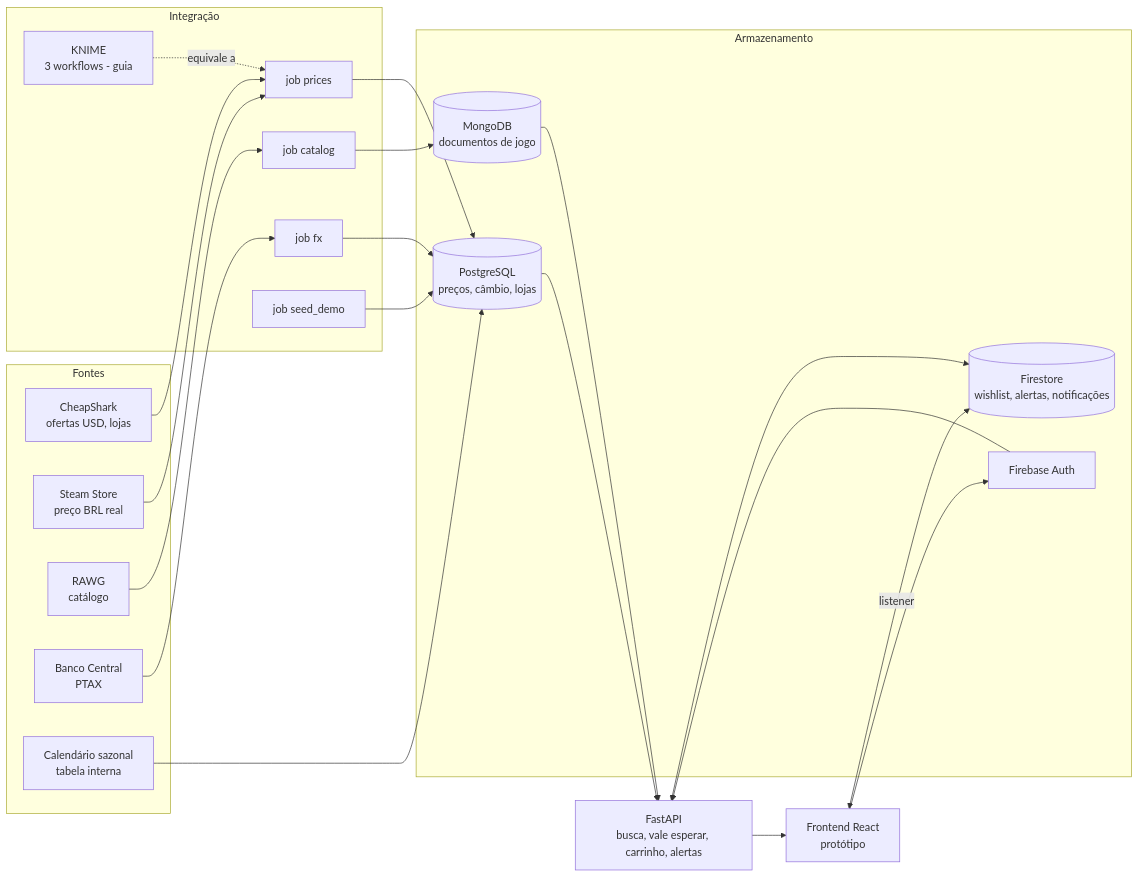
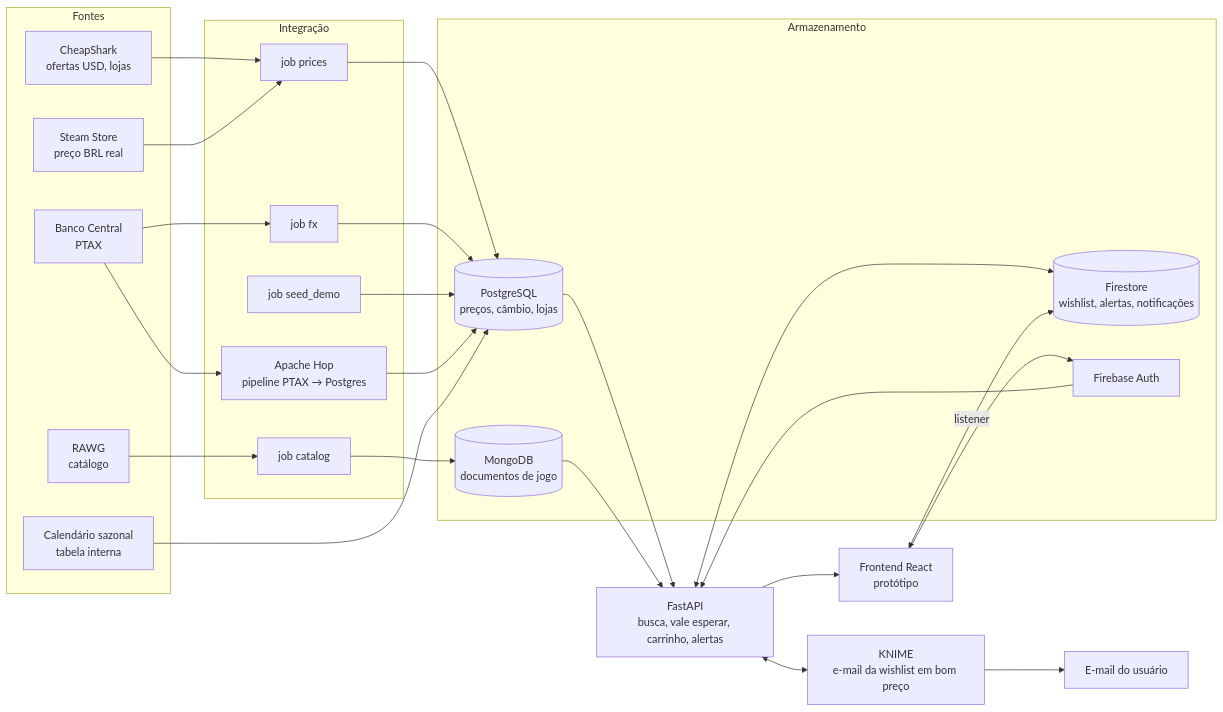
One commit to henrique-molinari/WaitOrBuy changed the diagram in docs/ARCHITECTURE.md. Above: the diagram before and after it, drawn with Mermaid. The commit also changed other lines of this file and 6 other files, not shown here.

Commit message:
docs(knime): workflow de e-mail da wishlist (uso, montagem e papel de integração)

````diff
--- a/docs/ARCHITECTURE.md
+++ b/docs/ARCHITECTURE.md
@@ -3,42 +3,47 @@
 ```mermaid
 flowchart LR
   subgraph Fontes
     CS[CheapShark<br/>ofertas USD, lojas]
     ST[Steam Store<br/>preço BRL real]
     RW[RAWG<br/>catálogo]
     BC[Banco Central<br/>PTAX]
     SS[Calendário sazonal<br/>tabela interna]
   end
   subgraph Integração
     J1[job prices]
     J2[job fx]
     J3[job catalog]
     J4[job seed_demo]
-    KN[KNIME<br/>3 workflows - guia]
+    HP[Apache Hop<br/>pipeline PTAX → Postgres]
   end
   subgraph Armazenamento
     PG[(PostgreSQL<br/>preços, câmbio, lojas)]
     MG[(MongoDB<br/>documentos de jogo)]
     FS[(Firestore<br/>wishlist, alertas, notificações)]
     FA[Firebase Auth]
   end
   API[FastAPI<br/>busca, vale esperar, carrinho, alertas]
+  KN[KNIME<br/>e-mail da wishlist em bom preço]
+  MAIL[E-mail do usuário]
   FE[Frontend React<br/>protótipo]
   CS --> J1
   ST --> J1
   BC --> J2
   RW --> J3
   J1 --> PG
   J2 --> PG
   J3 --> MG
   J4 --> PG
-  KN -. equivale a .-> J1
+  BC --> HP
+  HP --> PG
   PG --> API
   MG --> API
   SS --> PG
   API <--> FS
   FA --> API
+  API <--> KN
+  KN --> MAIL
   API --> FE
   FE <-- listener --> FS
   FE --> FA
 ```
````
